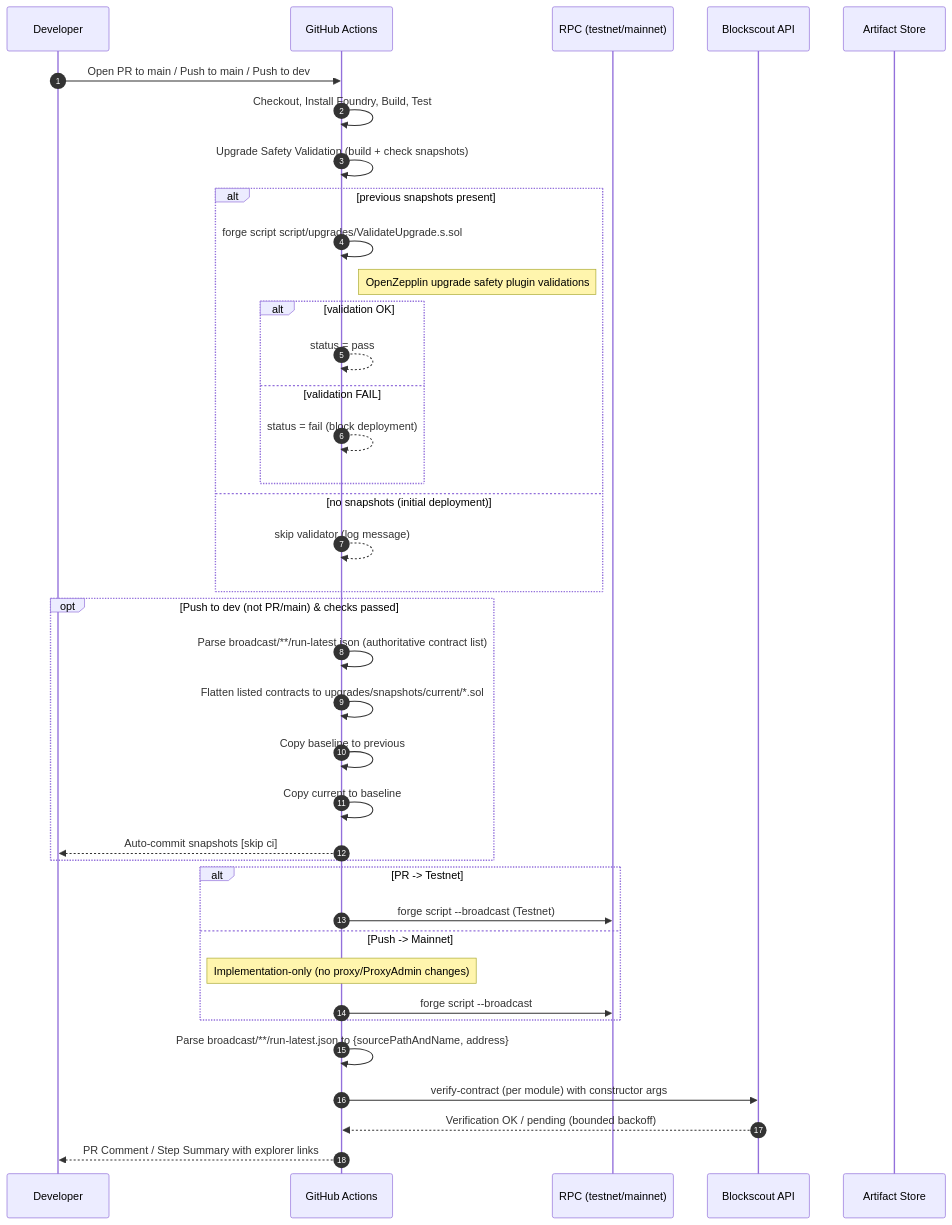
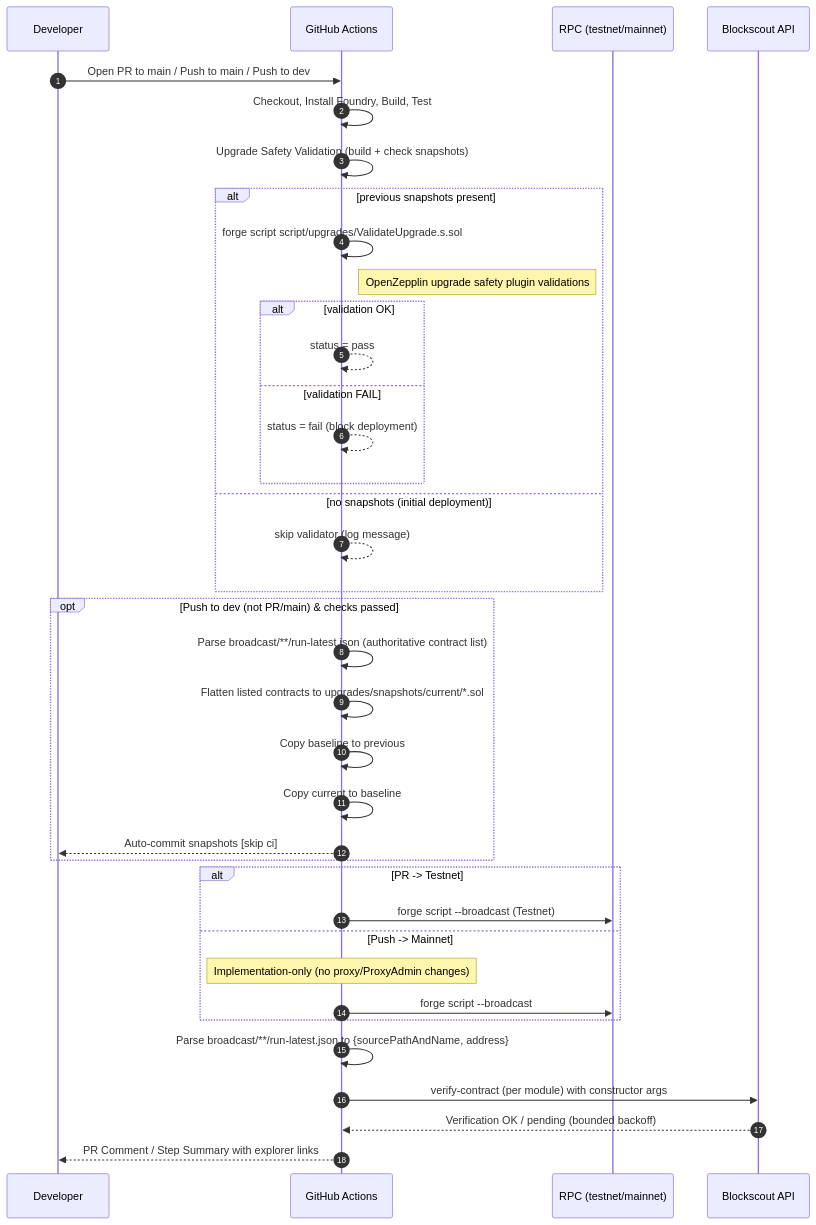
Before and after one commit to BreadchainCoop/etherform: the first of 2 diagrams in docs/specs/ci-cd-automated-deployments.md, drawn with Mermaid.

Commit message:
docs(spec): remove unused ART participant from sequence diagram

````diff
--- a/docs/specs/ci-cd-automated-deployments.md
+++ b/docs/specs/ci-cd-automated-deployments.md
@@ -260,44 +260,43 @@
 ```mermaid
 sequenceDiagram
   autonumber
   participant Dev as Developer
   participant GH as GitHub Actions
   participant RPC as RPC (testnet/mainnet)
   participant BS as Blockscout API
-  participant ART as Artifact Store
 
   Dev->>GH: Open PR to main / Push to main / Push to dev
   GH->>GH: Checkout, Install Foundry, Build, Test
   GH->>GH: Upgrade Safety Validation (build + check snapshots)
   alt previous snapshots present
     GH->>GH: forge script script/upgrades/ValidateUpgrade.s.sol
     note right of GH: OpenZepplin upgrade safety plugin validations
     alt validation OK
       GH-->>GH: status = pass
     else validation FAIL
       GH-->>GH: status = fail (block deployment)
     end
   else no snapshots (initial deployment)
     GH-->>GH: skip validator (log message)
   end
 
   opt Push to dev (not PR/main) & checks passed
     GH->>GH: Parse broadcast/**/run-latest.json (authoritative contract list)
     GH->>GH: Flatten listed contracts to upgrades/snapshots/current/*.sol
     GH->>GH: Copy baseline to previous
     GH->>GH: Copy current to baseline
     GH-->>Dev: Auto-commit snapshots [skip ci]
   end
 
   alt PR -> Testnet
     GH->>RPC: forge script --broadcast (Testnet)
   else Push -> Mainnet
     note over GH: Implementation-only (no proxy/ProxyAdmin changes)
     GH->>RPC: forge script --broadcast
   end
 
   GH->>GH: Parse broadcast/**/run-latest.json to {sourcePathAndName, address}
   GH->>BS: verify-contract (per module) with constructor args
   BS-->>GH: Verification OK / pending (bounded backoff)
   GH-->>Dev: PR Comment / Step Summary with explorer links
 ```
````
